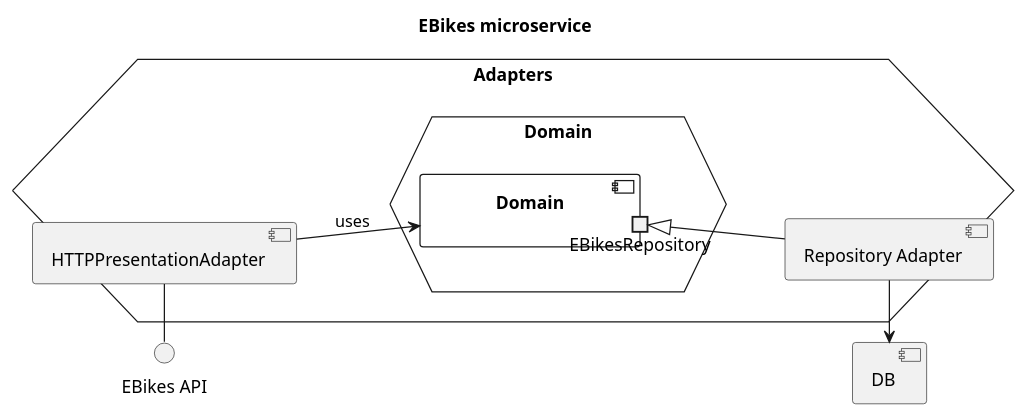
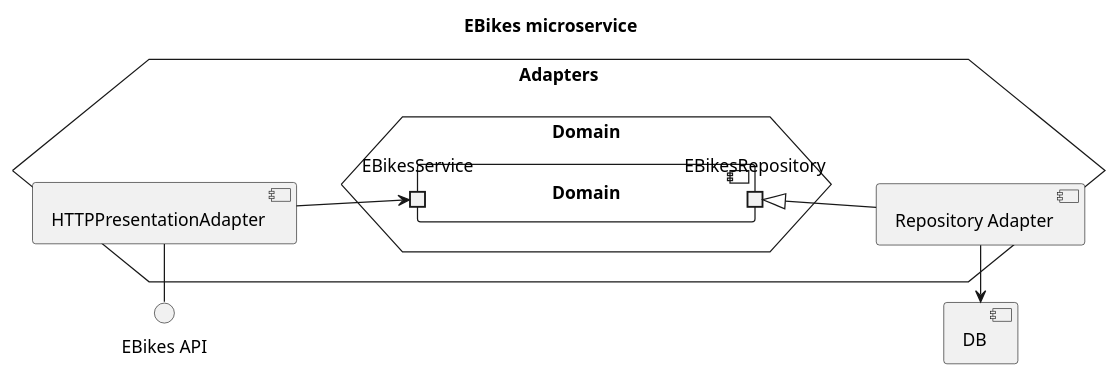
The diagram in doc/diagrams/src/ebikes-components.puml (Ventus218/SAP-assignment-02), drawn with PlantUML before and after one commit. The commit also changed 2 other files, not shown here.

Commit message:
Renamed ports in some components diagrams

```diff
--- a/doc/diagrams/src/ebikes-components.puml
+++ b/doc/diagrams/src/ebikes-components.puml
@@ -1,27 +1,27 @@
 @startuml ebikes-components
 
 title "EBikes microservice"
 
 left to right direction
 
 component "DB"
 interface "EBikes API" as EBikesAPI
 
 hexagon Adapters {
     hexagon Domain as DomainHex {
         component Domain {
             portout "EBikesRepository" as Repo
-
+            portin EBikesService
         }
     }
 
     component "Repository Adapter" as RepoAdapter
     RepoAdapter -u-|> Repo
     RepoAdapter -l-> DB
 
     component "HTTPPresentationAdapter" as HTTPAdapter
-    HTTPAdapter -d-> Domain : uses
+    HTTPAdapter -d-> EBikesService
     HTTPAdapter -l-() EBikesAPI
 }
 
 @enduml
```
